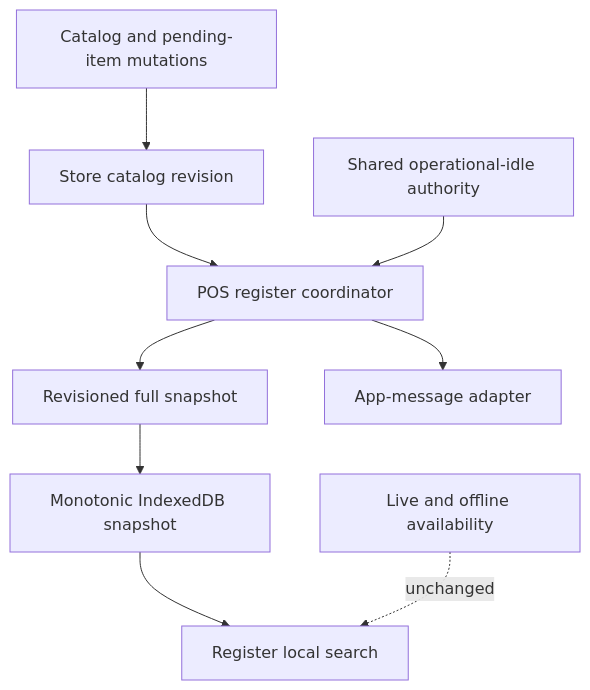
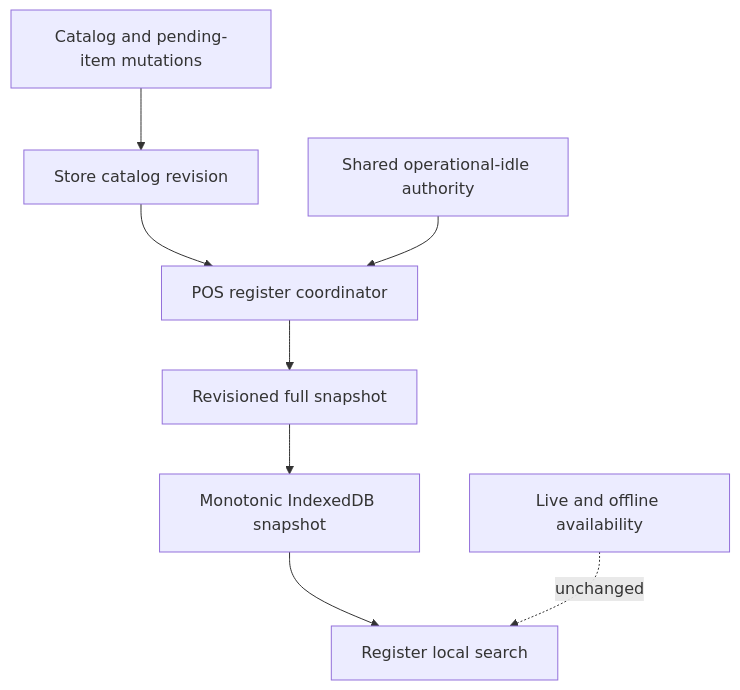
One commit to kwam1na/athena changed the third of 3 diagrams in docs/plans/2026-07-13-001-feat-pos-catalog-reactive-refresh-plan.md. Above: the diagram before and after it, drawn with Mermaid. The commit also changed other lines of this file and 13 other files, not shown here.

````diff
--- a/docs/plans/2026-07-13-001-feat-pos-catalog-reactive-refresh-plan.md
+++ b/docs/plans/2026-07-13-001-feat-pos-catalog-reactive-refresh-plan.md
@@ -469,11 +457,10 @@
 ```mermaid
 flowchart TB
     Catalog["Catalog and pending-item mutations"] --> Revision["Store catalog revision"]
     Revision --> Register["POS register coordinator"]
     Register --> Snapshot["Revisioned full snapshot"]
     Snapshot --> Local["Monotonic IndexedDB snapshot"]
     Local --> Search["Register local search"]
-    Register --> Message["App-message adapter"]
     Idle["Shared operational-idle authority"] --> Register
     Availability["Live and offline availability"] -. unchanged .-> Search
 ```
````
